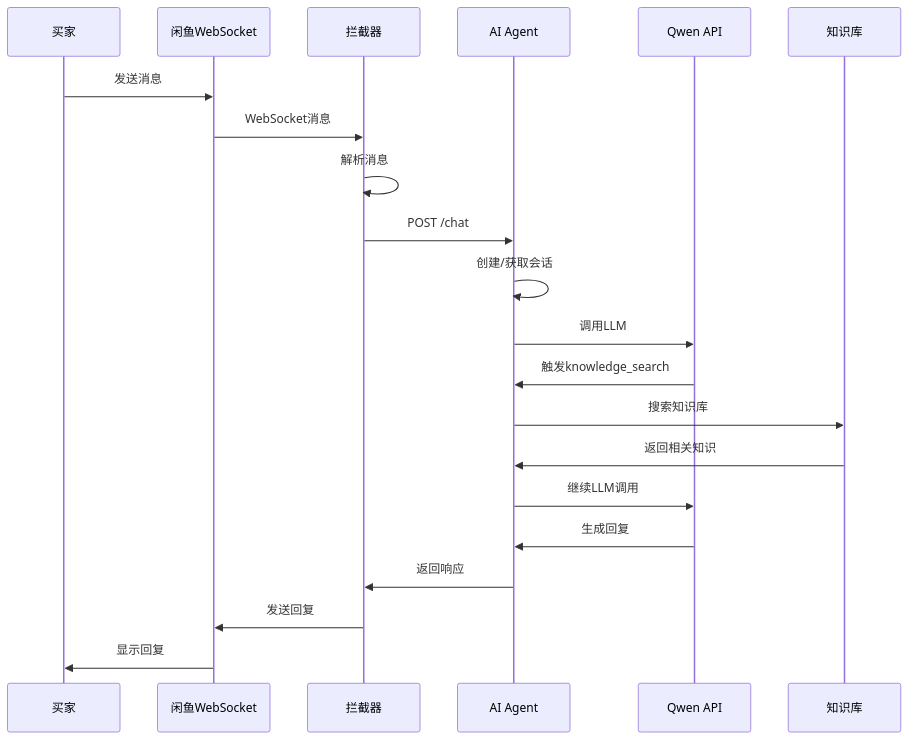
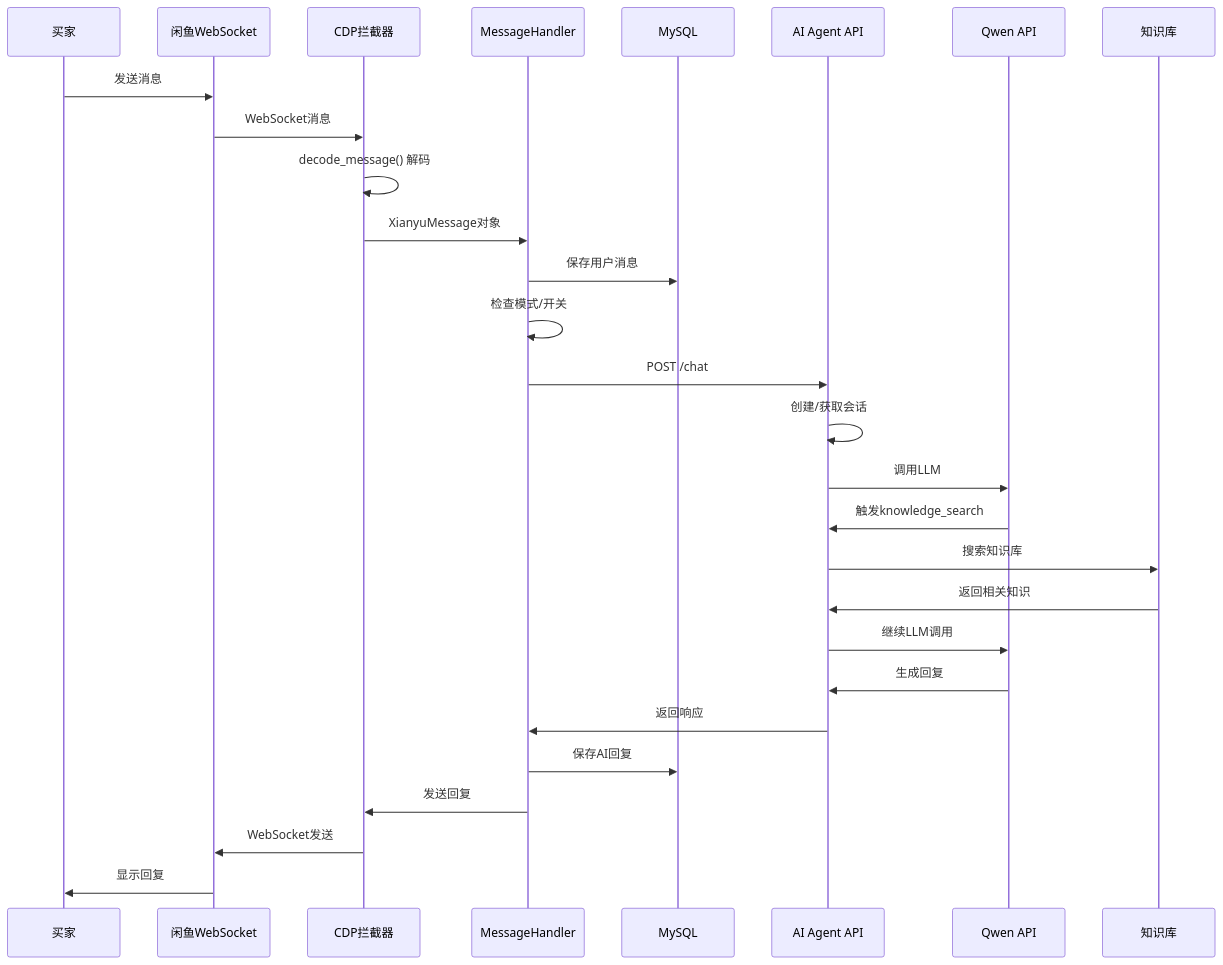
The second of 2 diagrams in ai_kefu/docs/PROJECT_OVERVIEW.md (xeonselina/XianyuAutoAgent), drawn with Mermaid before and after one commit. The commit also changed other lines of this file and 1136 other files, not shown here.

````diff
--- a/ai_kefu/docs/PROJECT_OVERVIEW.md
+++ b/ai_kefu/docs/PROJECT_OVERVIEW.md
@@ -325,24 +451,31 @@
 ```mermaid
 sequenceDiagram
     participant User as 买家
     participant Xianyu as 闲鱼WebSocket
-    participant Interceptor as 拦截器
-    participant Agent as AI Agent
+    participant CDP as CDP拦截器
+    participant Handler as MessageHandler
+    participant DB as MySQL
+    participant Agent as AI Agent API
     participant Qwen as Qwen API
     participant Chroma as 知识库
 
     User->>Xianyu: 发送消息
-    Xianyu->>Interceptor: WebSocket消息
-    Interceptor->>Interceptor: 解析消息
-    Interceptor->>Agent: POST /chat
+    Xianyu->>CDP: WebSocket消息
+    CDP->>CDP: decode_message() 解码
+    CDP->>Handler: XianyuMessage对象
+    Handler->>DB: 保存用户消息
+    Handler->>Handler: 检查模式/开关
+    Handler->>Agent: POST /chat
     Agent->>Agent: 创建/获取会话
     Agent->>Qwen: 调用LLM
     Qwen->>Agent: 触发knowledge_search
     Agent->>Chroma: 搜索知识库
     Chroma->>Agent: 返回相关知识
     Agent->>Qwen: 继续LLM调用
     Qwen->>Agent: 生成回复
-    Agent->>Interceptor: 返回响应
-    Interceptor->>Xianyu: 发送回复
+    Agent->>Handler: 返回响应
+    Handler->>DB: 保存AI回复
+    Handler->>CDP: 发送回复
+    CDP->>Xianyu: WebSocket发送
     Xianyu->>User: 显示回复
 ```
````
